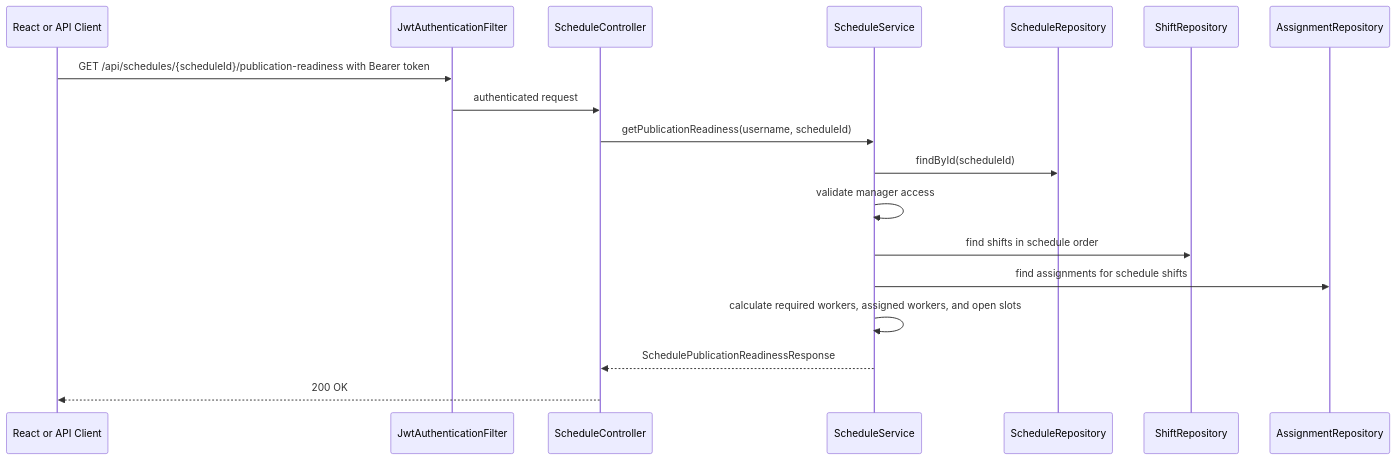
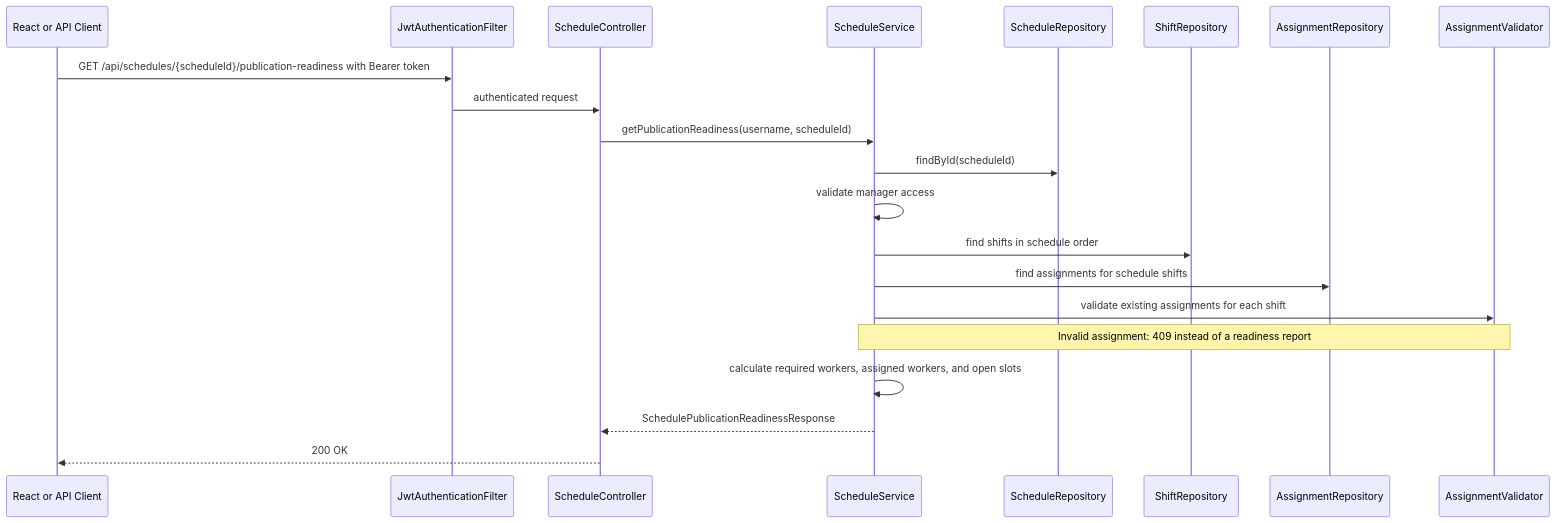
The tenth of 20 diagrams in docs/current-backend-architecture.md (HiliMor/shift-management-system), drawn with Mermaid before and after one commit. The commit also changed other lines of this file and 10 other files, not shown here.

Commit message:
Schedule validation: Validate assigned shifts before editing and publishing

````diff
--- a/docs/current-backend-architecture.md
+++ b/docs/current-backend-architecture.md
@@ -510,21 +513,24 @@
 ```mermaid
 sequenceDiagram
     participant Client as React or API Client
     participant Security as JwtAuthenticationFilter
     participant ScheduleController
     participant ScheduleService
     participant ScheduleRepository
     participant ShiftRepository
     participant AssignmentRepository
+    participant AssignmentValidator
 
     Client->>Security: GET /api/schedules/{scheduleId}/publication-readiness with Bearer token
     Security->>ScheduleController: authenticated request
     ScheduleController->>ScheduleService: getPublicationReadiness(username, scheduleId)
     ScheduleService->>ScheduleRepository: findById(scheduleId)
     ScheduleService->>ScheduleService: validate manager access
     ScheduleService->>ShiftRepository: find shifts in schedule order
     ScheduleService->>AssignmentRepository: find assignments for schedule shifts
+    ScheduleService->>AssignmentValidator: validate existing assignments for each shift
+    Note over ScheduleService,AssignmentValidator: Invalid assignment: 409 instead of a readiness report
     ScheduleService->>ScheduleService: calculate required workers, assigned workers, and open slots
     ScheduleService-->>ScheduleController: SchedulePublicationReadinessResponse
     ScheduleController-->>Client: 200 OK
 ```
````
